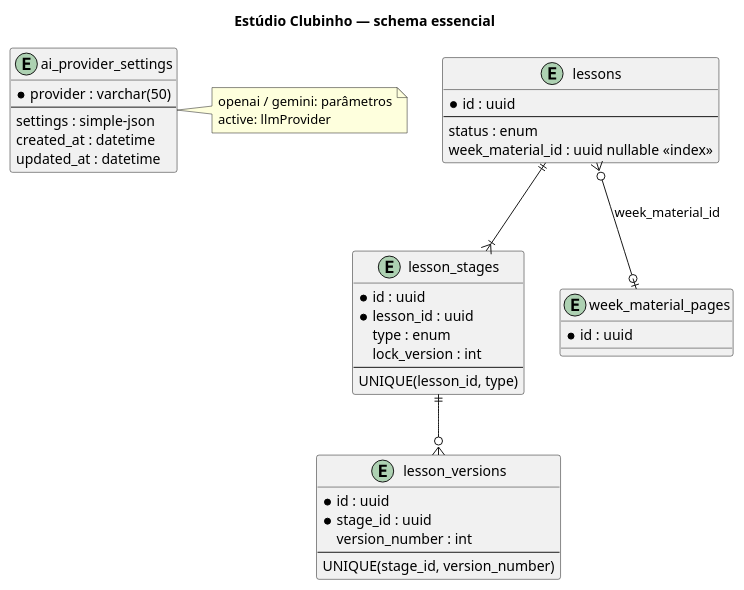
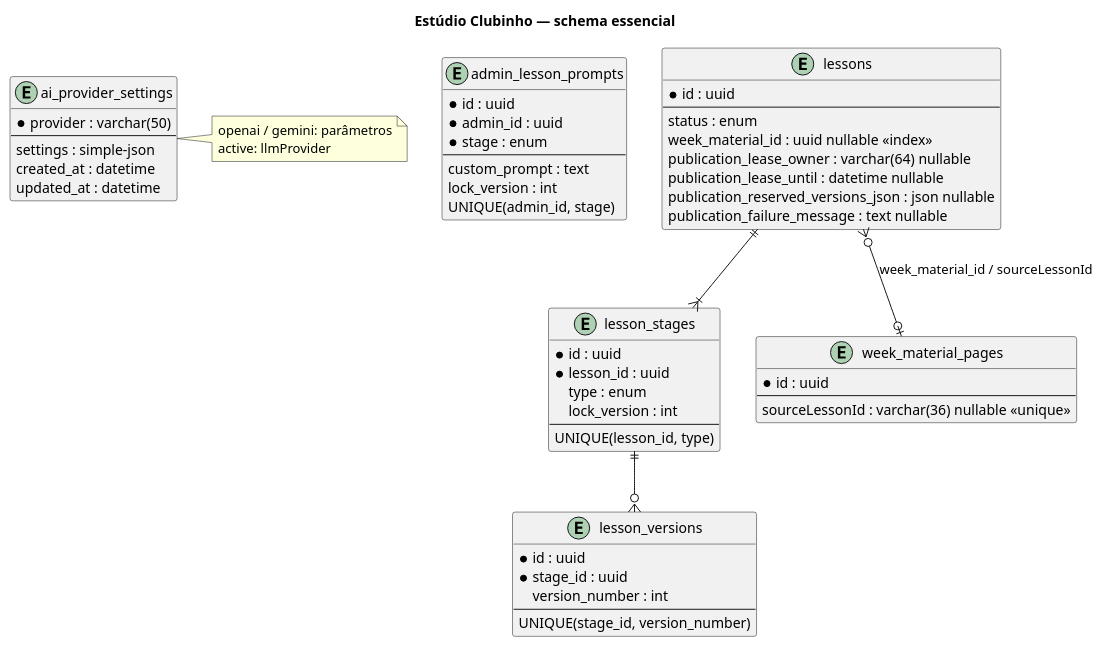
Before and after one commit to ministerioclubinhos/clubinhonib-api: the diagram in docs/diagrams/database/ai-lessons-schema.puml, drawn with PlantUML. The commit also changed 156 other files, not shown here.

```diff
--- a/docs/diagrams/database/ai-lessons-schema.puml
+++ b/docs/diagrams/database/ai-lessons-schema.puml
@@ -1,41 +1,56 @@
 @startuml
 title Estúdio Clubinho — schema essencial
 entity ai_provider_settings {
   * provider : varchar(50)
   --
   settings : simple-json
   created_at : datetime
   updated_at : datetime
 }
 note right of ai_provider_settings
   openai / gemini: parâmetros
   active: llmProvider
 end note
+entity admin_lesson_prompts {
+  * id : uuid
+  * admin_id : uuid
+  * stage : enum
+  --
+  custom_prompt : text
+  lock_version : int
+  UNIQUE(admin_id, stage)
+}
 entity lessons {
   * id : uuid
   --
   status : enum
   week_material_id : uuid nullable <<index>>
+  publication_lease_owner : varchar(64) nullable
+  publication_lease_until : datetime nullable
+  publication_reserved_versions_json : json nullable
+  publication_failure_message : text nullable
 }
 entity lesson_stages {
   * id : uuid
   * lesson_id : uuid
   type : enum
   lock_version : int
   --
   UNIQUE(lesson_id, type)
 }
 entity lesson_versions {
   * id : uuid
   * stage_id : uuid
   version_number : int
   --
   UNIQUE(stage_id, version_number)
 }
 entity week_material_pages {
   * id : uuid
+  --
+  sourceLessonId : varchar(36) nullable <<unique>>
 }
 lessons ||--|{ lesson_stages
 lesson_stages ||--o{ lesson_versions
-lessons }o--o| week_material_pages : week_material_id
+lessons }o--o| week_material_pages : week_material_id / sourceLessonId
 @enduml
```
